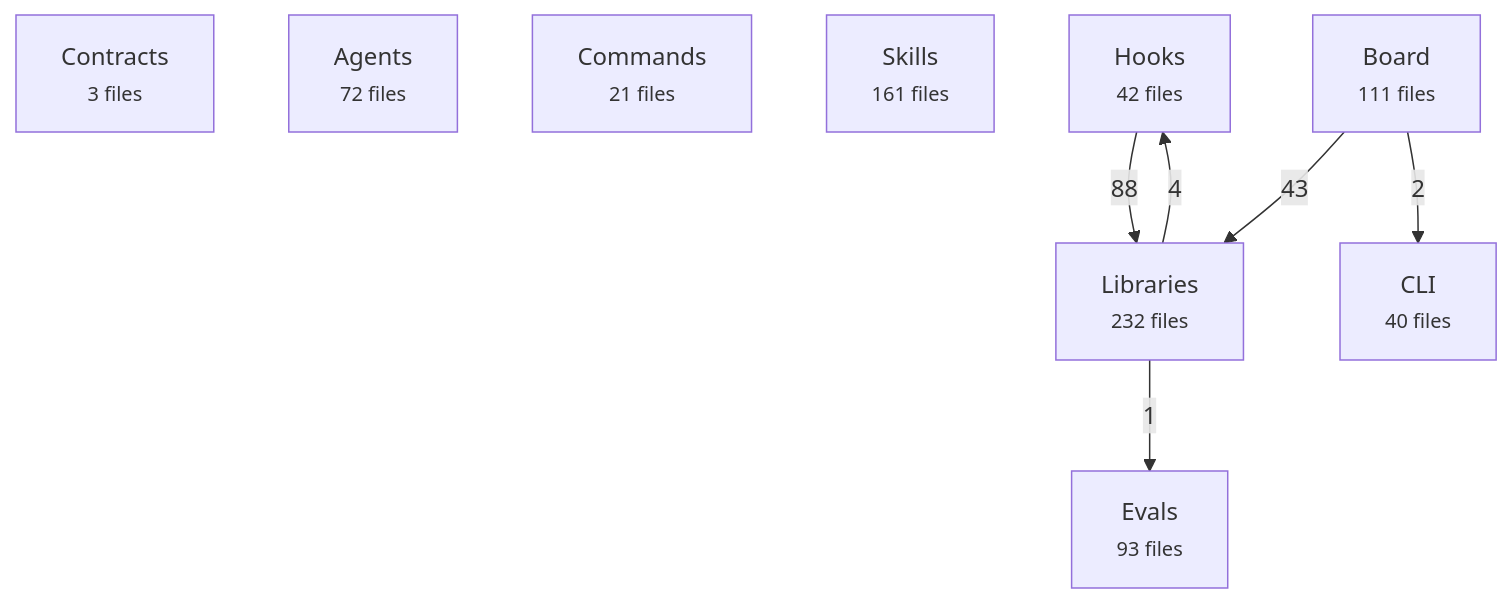
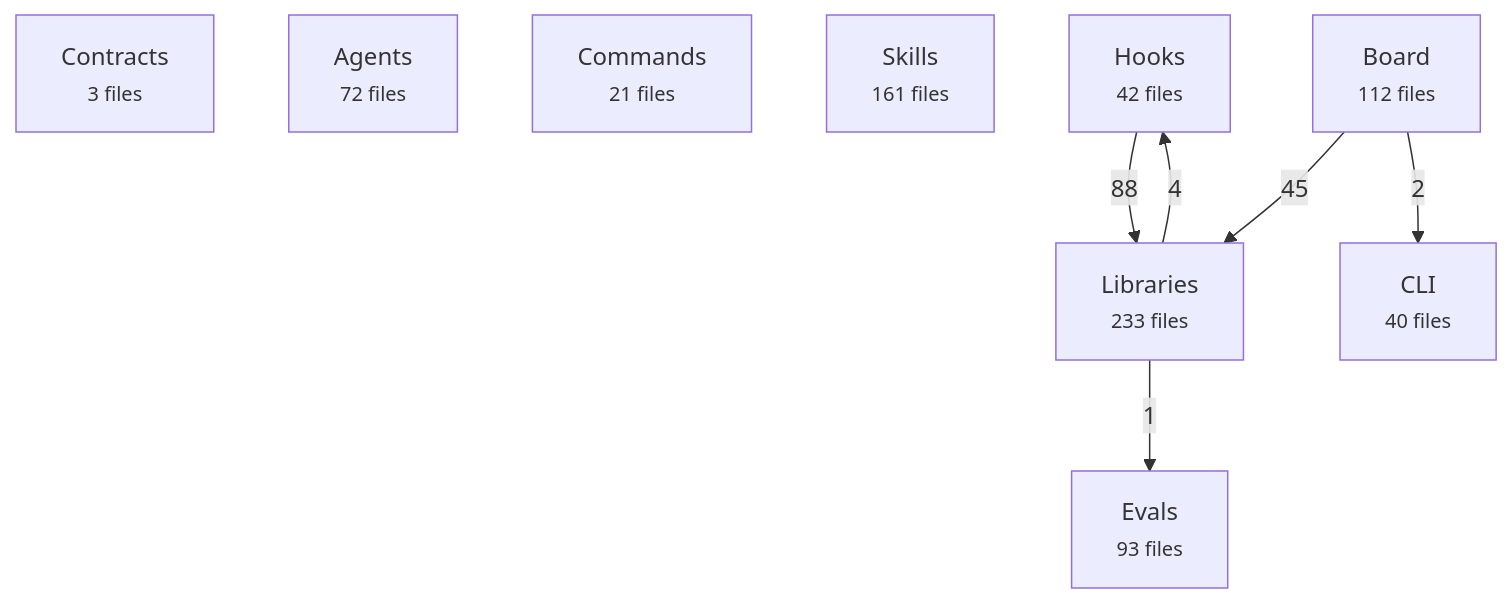
One commit to avelikiy/great_cto changed the first of 2 diagrams in docs/reference/architecture-map.md. Above: the diagram before and after it, drawn with Mermaid. The commit also changed other lines of this file and 11 other files, not shown here.

````diff
--- a/docs/reference/architecture-map.md
+++ b/docs/reference/architecture-map.md
@@ -20,17 +20,17 @@
 ```mermaid
 flowchart TD
   contracts["Contracts<br/><small>3 files</small>"]
   agents["Agents<br/><small>72 files</small>"]
   commands["Commands<br/><small>21 files</small>"]
   skills["Skills<br/><small>161 files</small>"]
   hooks["Hooks<br/><small>42 files</small>"]
-  libs["Libraries<br/><small>232 files</small>"]
-  board["Board<br/><small>111 files</small>"]
+  libs["Libraries<br/><small>233 files</small>"]
+  board["Board<br/><small>112 files</small>"]
   cli["CLI<br/><small>40 files</small>"]
   evals["Evals<br/><small>93 files</small>"]
   hooks -->|88| libs
-  board -->|43| libs
+  board -->|45| libs
   libs -->|4| hooks
   board -->|2| cli
   libs -->|1| evals
 ```
````
